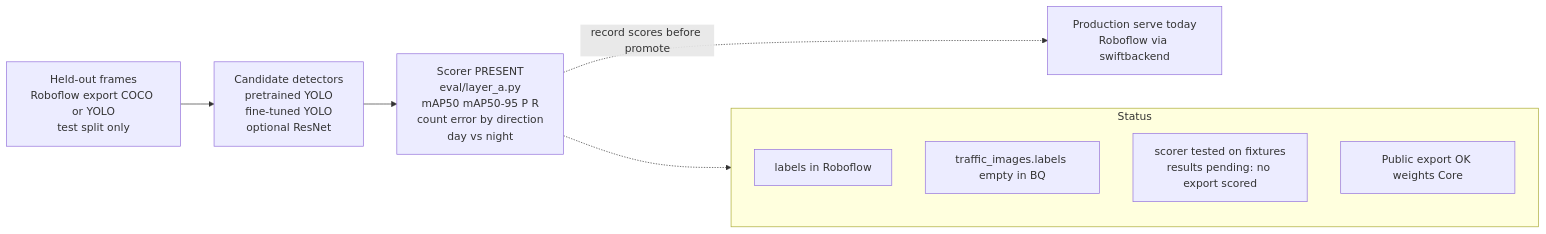
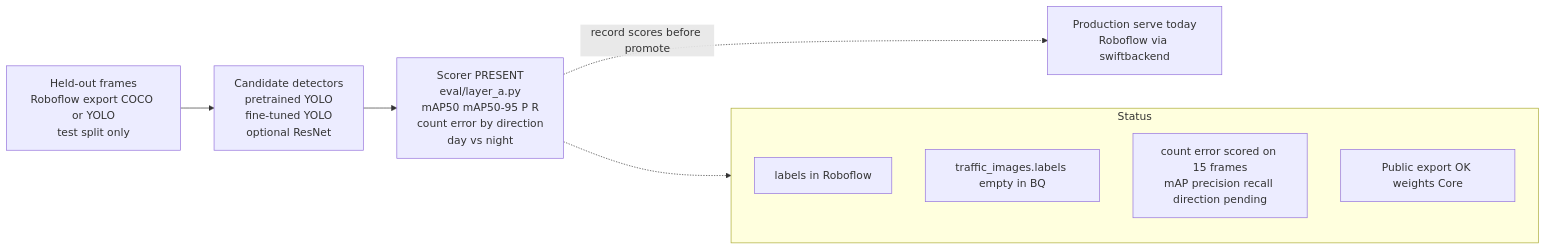
Before and after one commit to sozuken-max/swiftborder: the diagram in docs/diagrams/eval-layer-a.mmd, drawn with Mermaid. The commit also changed 23 other files, not shown here.

```diff
--- a/docs/diagrams/eval-layer-a.mmd
+++ b/docs/diagrams/eval-layer-a.mmd
@@ -1,16 +1,16 @@
 flowchart LR
   EXP["Held-out frames<br/>Roboflow export COCO or YOLO<br/>test split only"]
   CAND["Candidate detectors<br/>pretrained YOLO<br/>fine-tuned YOLO<br/>optional ResNet"]
   HARNESS["Scorer PRESENT<br/>eval/layer_a.py<br/>mAP50 mAP50-95 P R<br/>count error by direction<br/>day vs night"]
   SERVE["Production serve today<br/>Roboflow via swiftbackend"]
   EXP --> CAND --> HARNESS
   HARNESS -.->|"record scores before promote"| SERVE
 
   subgraph STATUS["Status"]
     S1["labels in Roboflow"]
     S2["traffic_images.labels empty in BQ"]
-    S3["scorer tested on fixtures<br/>results pending: no export scored"]
+    S3["count error scored on 15 frames<br/>mAP precision recall direction pending"]
     S4["Public export OK weights Core"]
   end
 
   HARNESS -.-> STATUS
```
